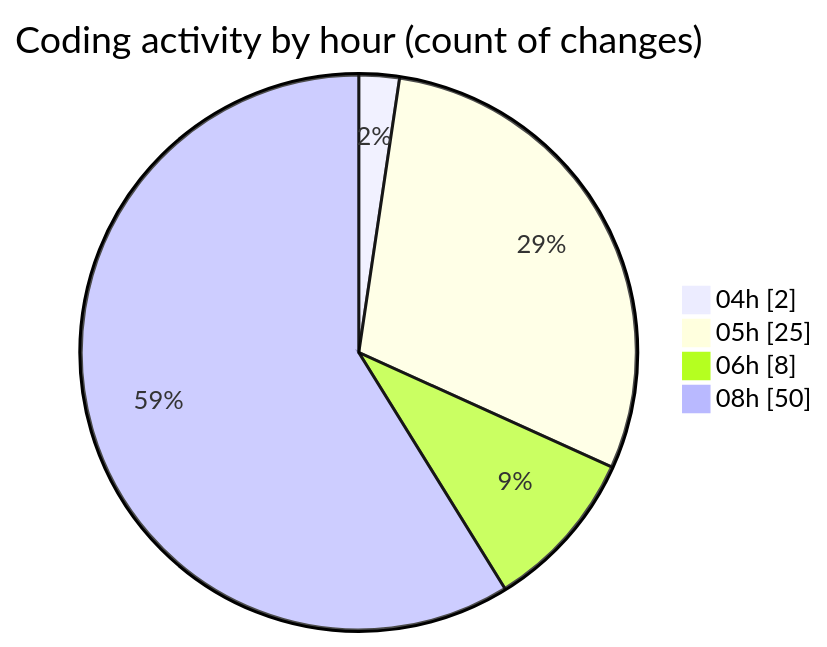
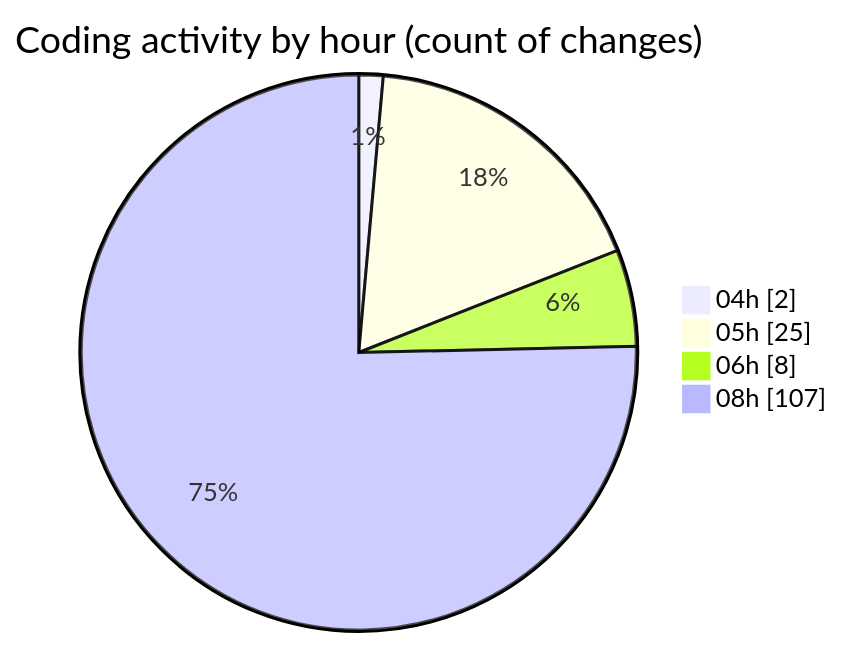
One commit to 3Nya3/code-tracking changed the second of 2 diagrams in 2024-12-31/nyah/README.md. Above: the diagram before and after it, drawn with Mermaid. The commit also changed other lines of this file and 1 other file, not shown here.

````diff
--- a/2024-12-31/nyah/README.md
+++ b/2024-12-31/nyah/README.md
@@ -33,8 +33,8 @@
 ```mermaid
 pie showData
 title Coding activity by hour (count of changes)
 "04h" : 2
 "05h" : 25
 "06h" : 8
-"08h" : 50
+"08h" : 107
 ```
````
